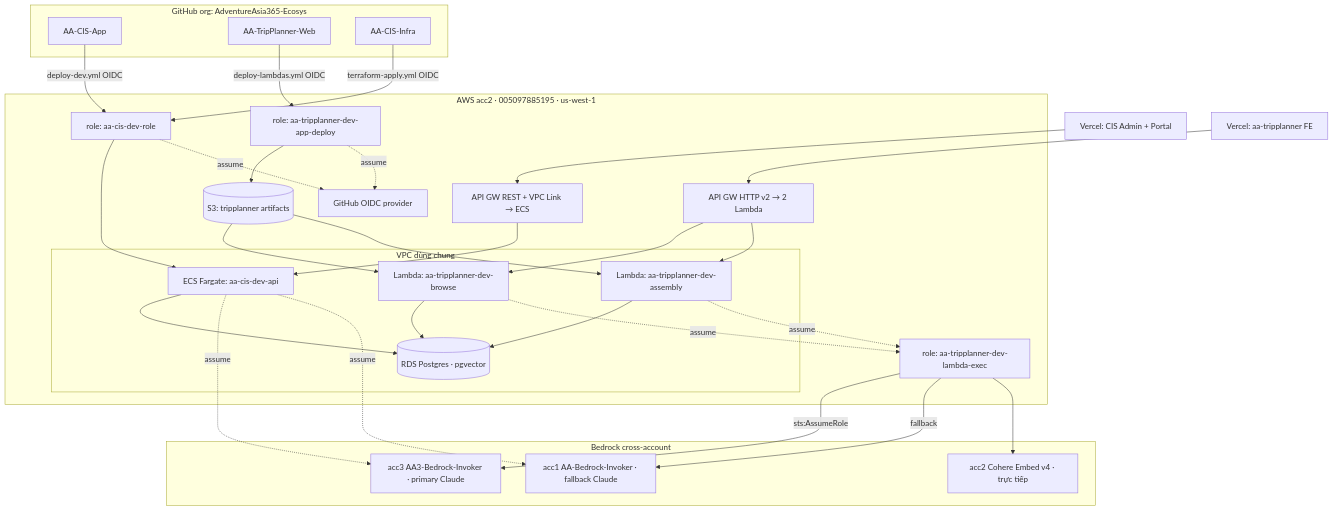
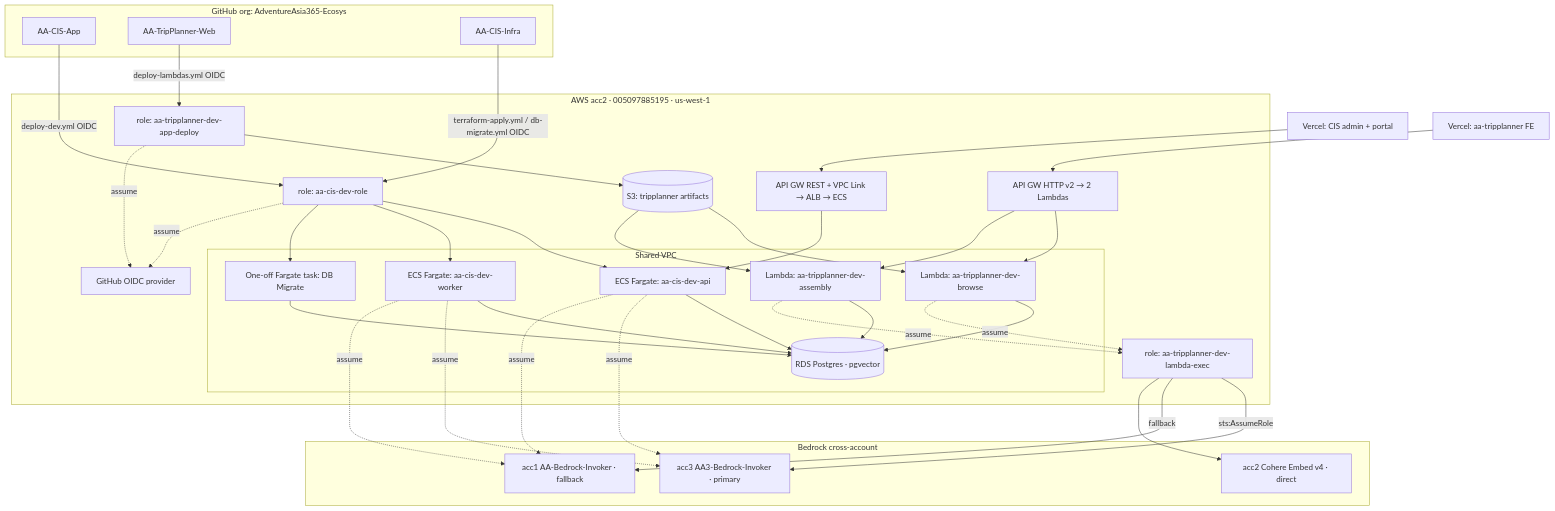
One commit to AdventureAsia365-Ecosys/AA-Ecosys changed the diagram in docs/ecosystem-architecture.md. Above: the diagram before and after it, drawn with Mermaid. The commit also changed other lines of this file and 2 other files, not shown here.

First line of the commit message:
Translate root docs to English and refresh ecosystem architecture

````diff
--- a/docs/ecosystem-architecture.md
+++ b/docs/ecosystem-architecture.md
@@ -25,51 +33,54 @@
 ```mermaid
 flowchart TB
   subgraph GH[GitHub org: AdventureAsia365-Ecosys]
     R1[AA-CIS-App]
     R2[AA-TripPlanner-Web]
     R3[AA-CIS-Infra]
   end
 
   subgraph acc2[AWS acc2 · 005097885195 · us-west-1]
-    subgraph vpc[VPC dùng chung]
+    subgraph vpc[Shared VPC]
       ECS[ECS Fargate: aa-cis-dev-api]
+      WRK[ECS Fargate: aa-cis-dev-worker]
       RDS[(RDS Postgres · pgvector)]
       L1[Lambda: aa-tripplanner-dev-browse]
       L2[Lambda: aa-tripplanner-dev-assembly]
+      MIG[One-off Fargate task: DB Migrate]
     end
-    APIG1[API GW REST + VPC Link → ECS]
-    APIG2[API GW HTTP v2 → 2 Lambda]
+    APIG1[API GW REST + VPC Link → ALB → ECS]
+    APIG2[API GW HTTP v2 → 2 Lambdas]
     S3TP[(S3: tripplanner artifacts)]
     OIDC[GitHub OIDC provider]
     RCICD[role: aa-cis-dev-role]
     RTP[role: aa-tripplanner-dev-app-deploy]
     RLEX[role: aa-tripplanner-dev-lambda-exec]
   end
 
-  VERCEL_CIS[Vercel: CIS Admin + Portal]
+  VERCEL_CIS[Vercel: CIS admin + portal]
   VERCEL_TP[Vercel: aa-tripplanner FE]
 
   subgraph bedrock[Bedrock cross-account]
-    ACC3[acc3 AA3-Bedrock-Invoker · primary Claude]
-    ACC1[acc1 AA-Bedrock-Invoker · fallback Claude]
-    COHERE[acc2 Cohere Embed v4 · trực tiếp]
+    ACC3[acc3 AA3-Bedrock-Invoker · primary]
+    ACC1[acc1 AA-Bedrock-Invoker · fallback]
+    COHERE[acc2 Cohere Embed v4 · direct]
   end
 
-  R1 -->|deploy-dev.yml OIDC| RCICD --> ECS
+  R1 -->|deploy-dev.yml OIDC| RCICD --> ECS & WRK
   R2 -->|deploy-lambdas.yml OIDC| RTP --> S3TP --> L1 & L2
-  R3 -->|terraform-apply.yml OIDC| RCICD
+  R3 -->|terraform-apply.yml / db-migrate.yml OIDC| RCICD
+  RCICD --> MIG
   RCICD & RTP -.assume.-> OIDC
 
-  ECS --> RDS
+  ECS & WRK & MIG --> RDS
   L1 & L2 --> RDS
   L1 & L2 -.assume.-> RLEX
   RLEX -->|sts:AssumeRole| ACC3
   RLEX -->|fallback| ACC1
   RLEX --> COHERE
-  ECS -.assume.-> ACC3 & ACC1
+  ECS & WRK -.assume.-> ACC3 & ACC1
 
   APIG1 --> ECS
   APIG2 --> L1 & L2
   VERCEL_CIS --> APIG1
   VERCEL_TP --> APIG2
 ```
````
